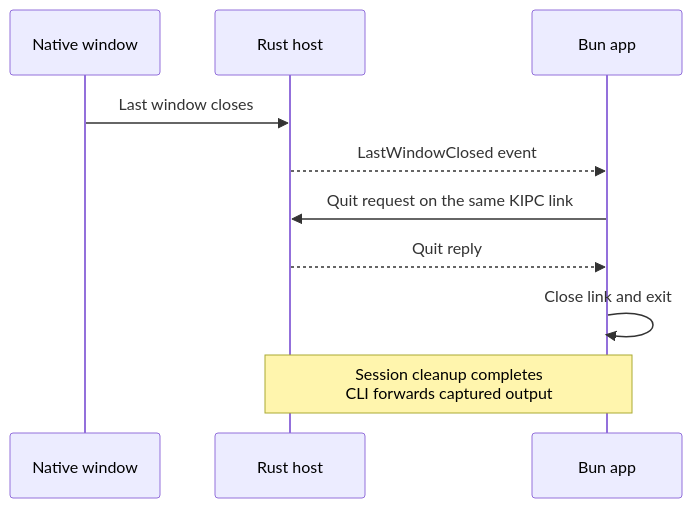
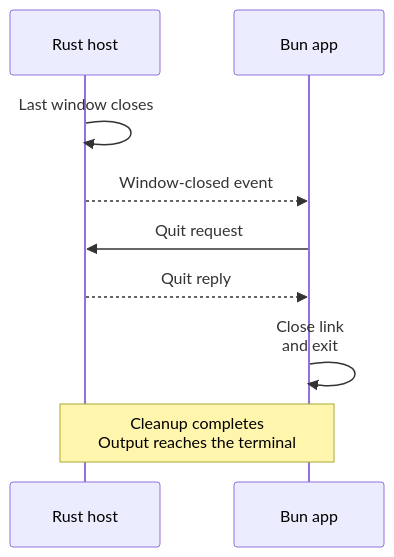
One commit to gyldlab/keld changed the second of 2 diagrams in README.md. Above: the diagram before and after it, drawn with Mermaid. The commit also changed other lines of this file, not shown here.

Commit message:
docs(readme): compact runtime diagrams for narrow screens

````diff
--- a/README.md
+++ b/README.md
@@ -176,15 +173,14 @@
 ```mermaid
 sequenceDiagram
     accTitle: Current stock demo normal-close sequence
     accDescr: After the last native window closes, the Rust host sends LastWindowClosed over the authenticated KIPC link. The stock Bun app sends a Quit request on the same link, waits for its reply, closes its connection and exits. Session cleanup and captured output forwarding finish before relaunch. Physical normal-close evidence is scoped to the linked Windows and Ubuntu captures.
-    participant W as Native window
     participant H as Rust host
     participant B as Bun app
 
-    W->>H: Last window closes
-    H-->>B: LastWindowClosed event
-    B->>H: Quit request on the same KIPC link
+    H->>H: Last window closes
+    H-->>B: Window-closed event
+    B->>H: Quit request
     H-->>B: Quit reply
-    B->>B: Close link and exit
-    Note over H,B: Session cleanup completes<br/>CLI forwards captured output
+    B->>B: Close link<br/>and exit
+    Note over H,B: Cleanup completes<br/>Output reaches the terminal
 ```
````
